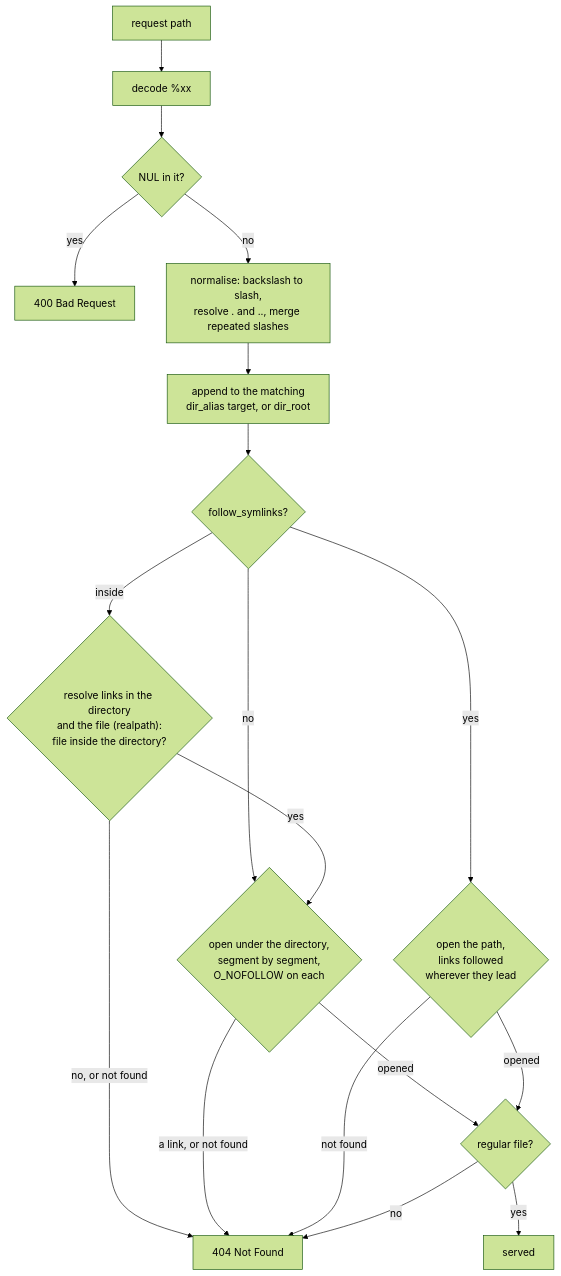
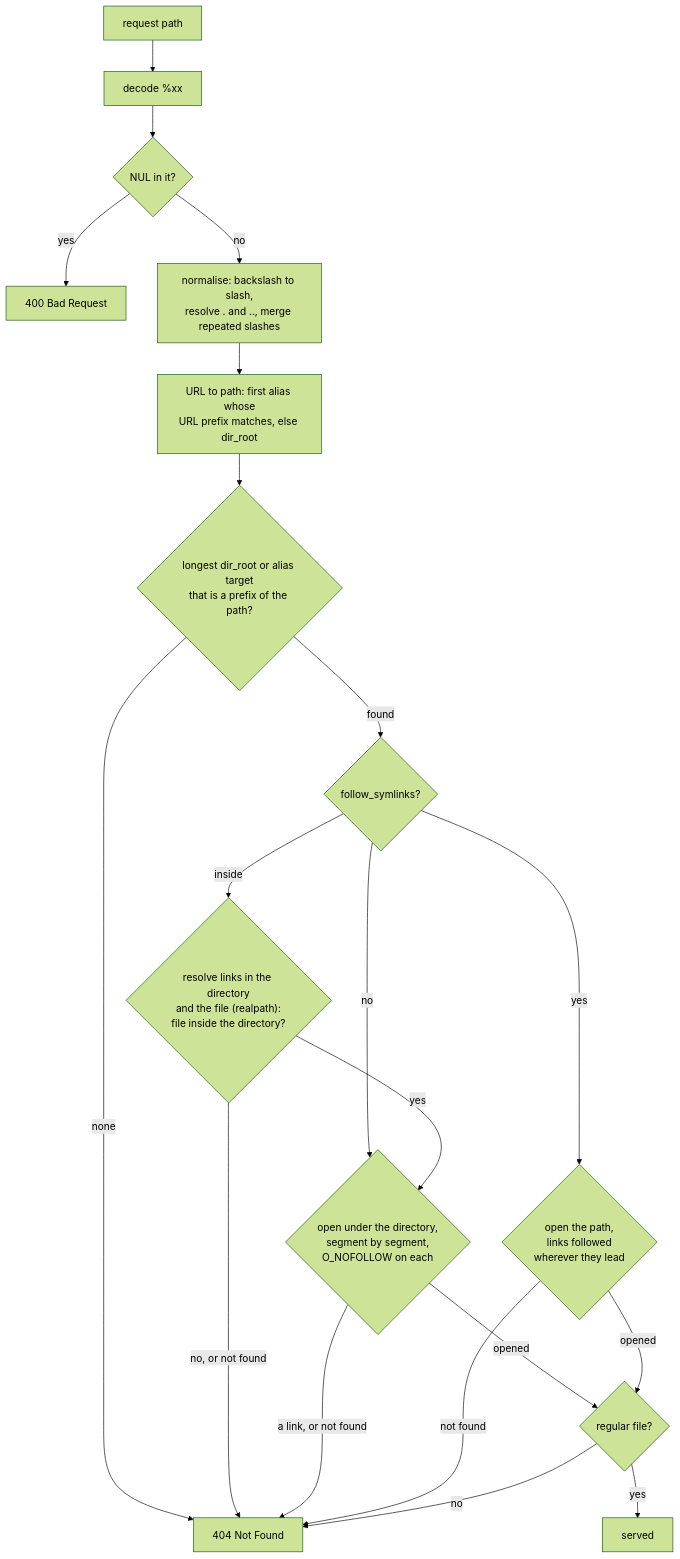
Before and after one commit to DanielTillett/klin: the diagram in doc/FILES.md, drawn with Mermaid (forest theme). The commit also changed other lines of this file and 20 other files, not shown here.

````diff
--- a/doc/FILES.md
+++ b/doc/FILES.md
@@ -36,20 +47,22 @@
 ```mermaid
 flowchart TD
     A["request path"] --> B["decode %xx"]
     B --> C{"NUL in it?"}
     C -- "yes" --> E400["400 Bad Request"]
     C -- "no" --> D["normalise: backslash to slash,<br/>resolve . and .., merge repeated slashes"]
-    D --> F["append to the matching<br/>dir_alias target, or dir_root"]
-    F --> P{"follow_symlinks?"}
+    D --> F["URL to path: first alias whose<br/>URL prefix matches, else dir_root"]
+    F --> K{"longest dir_root or alias target<br/>that is a prefix of the path?"}
+    K -- "none" --> E404["404 Not Found"]
+    K -- "found" --> P{"follow_symlinks?"}
     P -- "inside" --> I{"resolve links in the directory<br/>and the file (realpath):<br/>file inside the directory?"}
     P -- "no" --> G{"open under the directory,<br/>segment by segment,<br/>O_NOFOLLOW on each"}
     P -- "yes" --> Y{"open the path,<br/>links followed<br/>wherever they lead"}
     I -- "yes" --> G
-    I -- "no, or not found" --> E404["404 Not Found"]
+    I -- "no, or not found" --> E404
     G -- "a link, or not found" --> E404
     Y -- "not found" --> E404
     G -- "opened" --> R{"regular file?"}
     Y -- "opened" --> R
     R -- "no" --> E404
     R -- "yes" --> S["served"]
 ```
````
